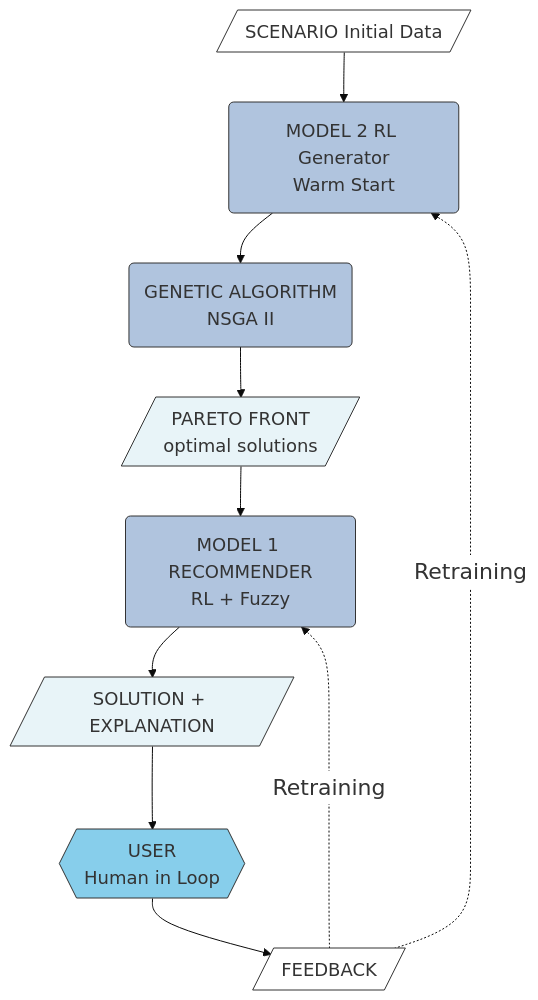
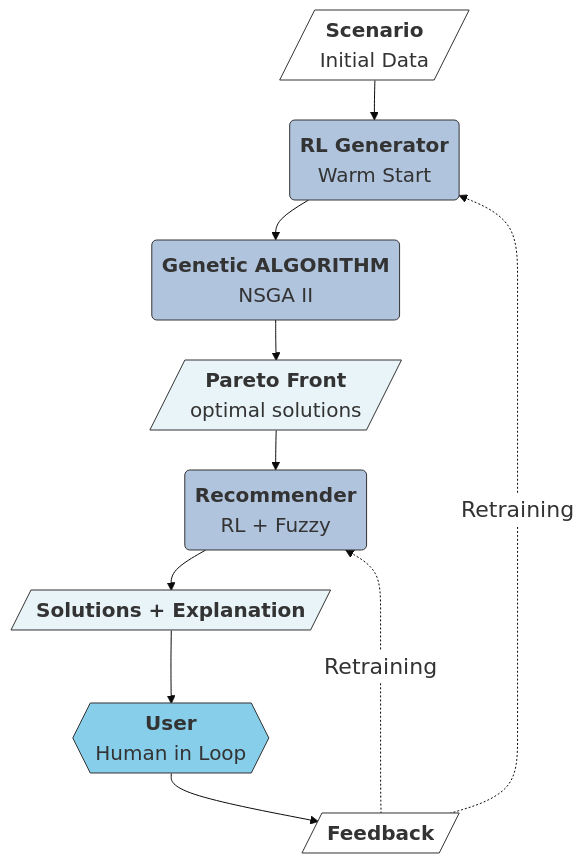
The diagram in doc/architecture.mmd (25sal/garvis), drawn with Mermaid before and after one commit. The commit also changed 1 other file, not shown here.

```diff
--- a/doc/architecture.mmd
+++ b/doc/architecture.mmd
@@ -1,31 +1,30 @@
-%%{init: {'theme':'base', 'themeVariables': {'fontSize':'18px', 'edgeLabelBackground':'#FFFFFF'}}}%%
+%%{init: {'theme':'base', 'themeVariables': {'fontSize':'20px', 'edgeLabelBackground':'#FFFFFF'}, 'flowchart': {'nodeSpacing': 80, 'rankSpacing': 40, 'padding': 10}}}%%
 flowchart TB
-    n0[/SCENARIO Initial Data/]
-    n1(MODEL 2 RL Generator<br/>Warm Start)
-    n2(GENETIC ALGORITHM<br/>NSGA II)
-    n3[/PARETO FRONT <br/>optimal solutions/]
-    n4(MODEL 1 RECOMMENDER<br/>RL + Fuzzy)
-    n5[/SOLUTION + EXPLANATION/]
-    n6{{USER <br/>Human in Loop}}
-    n7[/FEEDBACK/]
-
+    n0[/<strong>Scenario</strong><br/> Initial Data/]
+    n1(<strong>RL Generator</strong> <br/>Warm Start)
+    n2(<strong>Genetic ALGORITHM</strong><br/>NSGA II)
+    n3[/<strong>Pareto Front</strong> <br/>optimal solutions/]
+    n4(<strong>Recommender</strong><br/>RL + Fuzzy)
+    n5[/<strong>Solutions + Explanation</strong>/]
+    n6{{<strong>User</strong> <br/>Human in Loop}}
+    n7[/<strong>Feedback</strong>/]
     n0 --> n1
     n1 --> n2
     n2 --> n3
     n3 --> n4
     n4 --> n5
     n5 --> n6
     n6 --> n7
     n7 -.->|Retraining| n4
     n7 -.->|Retraining| n1
 
-    style n0 fill:#FFFFFF,stroke:#333333
-    style n1 fill:#B0C4DE,stroke:#333333
-    style n2 fill:#B0C4DE,stroke:#333333
-    style n3 fill:#E8F4F8,stroke:#333333
-    style n4 fill:#B0C4DE,stroke:#333333
-    style n5 fill:#E8F4F8,stroke:#333333
-    style n6 fill:#87CEEB,stroke:#333333
-    style n7 fill:#FFFFFF,stroke:#333333
+    style n0 fill:#FFFFFF,stroke:#333333,white-space:nowrap
+    style n1 fill:#B0C4DE,stroke:#333333,white-space:nowrap
+    style n2 fill:#B0C4DE,stroke:#333333,white-space:nowrap
+    style n3 fill:#E8F4F8,stroke:#333333,white-space:nowrap
+    style n4 fill:#B0C4DE,stroke:#333333,white-space:nowrap
+    style n5 fill:#E8F4F8,stroke:#333333,white-space:nowrap
+    style n6 fill:#87CEEB,stroke:#333333,white-space:nowrap
+    style n7 fill:#FFFFFF,stroke:#333333,white-space:nowrap
     linkStyle 7 font-size:22px
     linkStyle 8 font-size:22px
```
